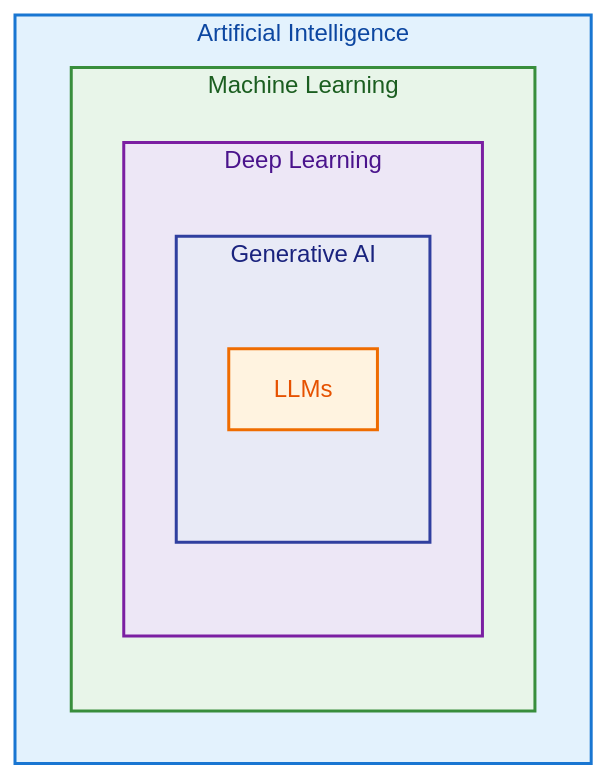
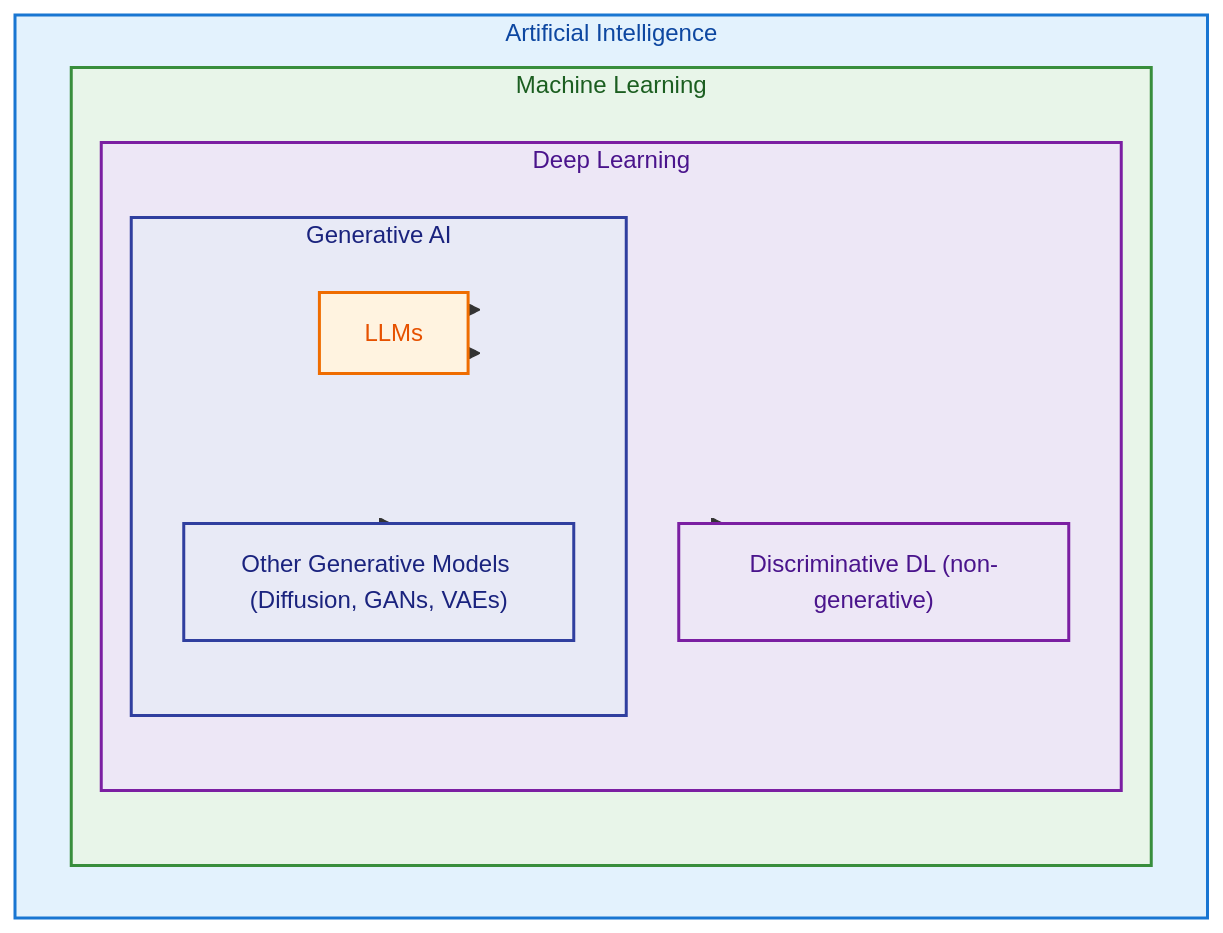
One commit to Swamy-s-Tech-Skills-Academy/swamy-tech-skills-academy-main changed the diagram in 03_ReferenceLibrary/02_AI-and-ML/README.md. Above: the diagram before and after it, drawn with Mermaid. The commit also changed other lines of this file and 7 other files, not shown here.

````diff
--- a/03_ReferenceLibrary/02_AI-and-ML/README.md
+++ b/03_ReferenceLibrary/02_AI-and-ML/README.md
@@ -162,33 +167,45 @@
 ```mermaid
 graph TB
     subgraph AI["Artificial Intelligence"]
         subgraph ML["Machine Learning"]
             subgraph DL["Deep Learning"]
+                DiscDL["Discriminative DL (non-generative)"]
                 subgraph GEN["Generative AI"]
                     LLM["LLMs"]
+                    OtherGen["Other Generative Models (Diffusion, GANs, VAEs)"]
                 end
             end
         end
     end
+
+    %% Relationships to visualize sanity notes
+    DL --> DiscDL
+    DL --> GEN
+    GEN --> LLM
+    GEN --> OtherGen
 
     %% Class definitions for colors
     classDef ai fill:#e3f2fd,stroke:#1976d2,stroke-width:2px,color:#0d47a1;
     classDef ml fill:#e8f5e9,stroke:#388e3c,stroke-width:2px,color:#1b5e20;
     classDef dl fill:#ede7f6,stroke:#7b1fa2,stroke-width:2px,color:#4a148c;
     classDef gen fill:#e8eaf6,stroke:#303f9f,stroke-width:2px,color:#1a237e;
     classDef llm fill:#fff3e0,stroke:#ef6c00,stroke-width:2px,color:#e65100;
 
     %% Apply classes (Mermaid may not style subgraphs in all renderers; we also add style lines)
     class AI ai;
     class ML ml;
     class DL dl;
     class GEN gen;
     class LLM llm;
+    class DiscDL dl;
+    class OtherGen gen;
 
     %% Fallback styling for subgraphs if class on subgraph is ignored
     style AI fill:#e3f2fd,stroke:#1976d2,stroke-width:2px,color:#0d47a1
     style ML fill:#e8f5e9,stroke:#388e3c,stroke-width:2px,color:#1b5e20
     style DL fill:#ede7f6,stroke:#7b1fa2,stroke-width:2px,color:#4a148c
     style GEN fill:#e8eaf6,stroke:#303f9f,stroke-width:2px,color:#1a237e
     style LLM fill:#fff3e0,stroke:#ef6c00,stroke-width:2px,color:#e65100
+    style DiscDL fill:#ede7f6,stroke:#7b1fa2,stroke-width:2px,color:#4a148c
+    style OtherGen fill:#e8eaf6,stroke:#303f9f,stroke-width:2px,color:#1a237e
 ```
````
